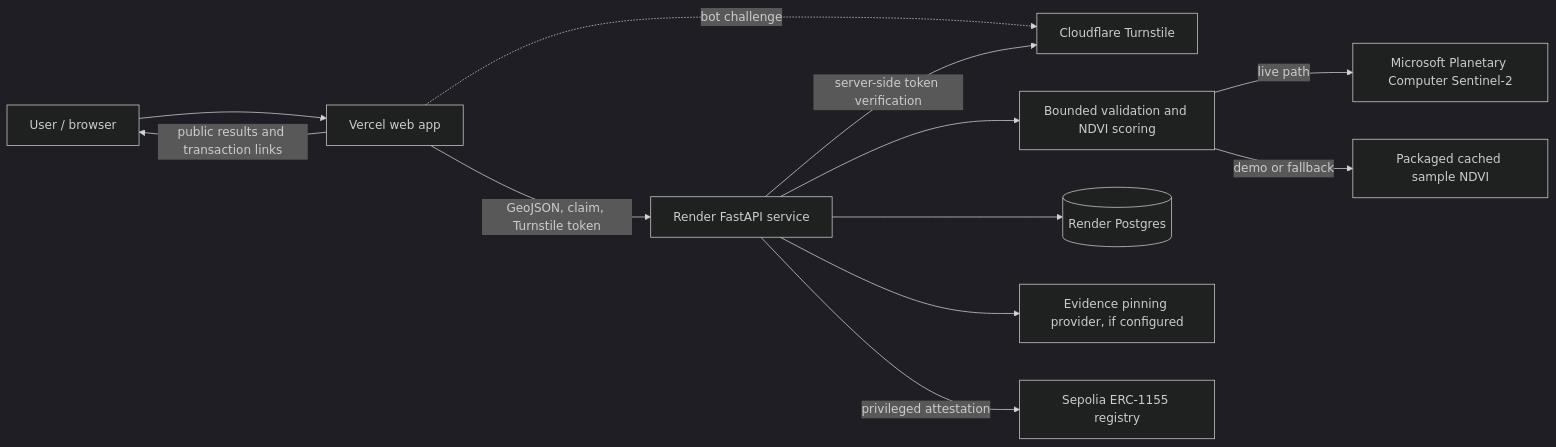
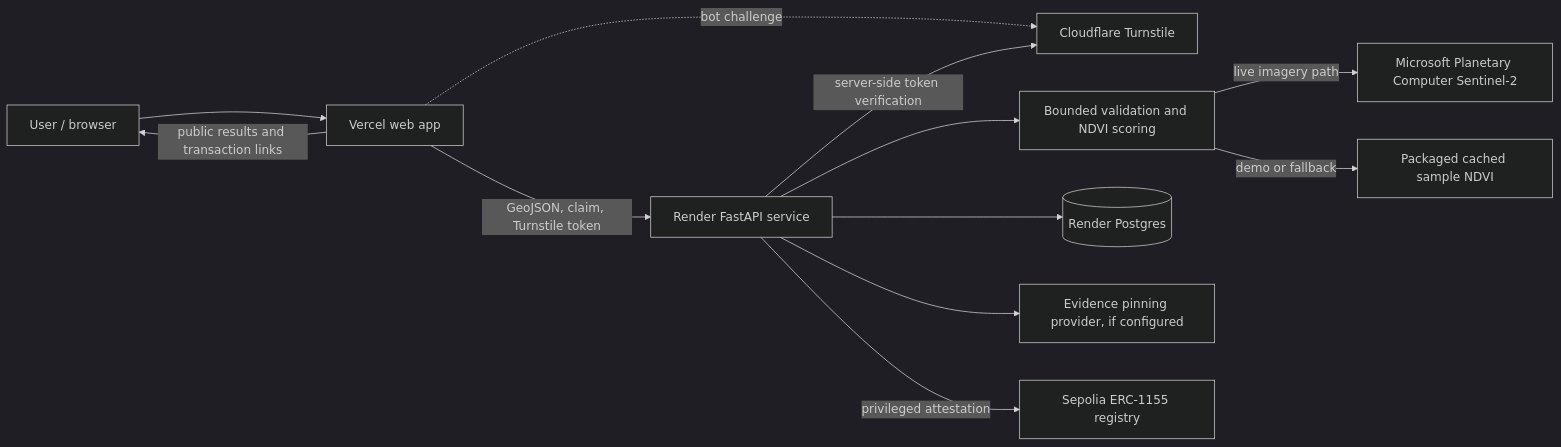
One commit to shikhon-rahaman/carbonlens changed the second of 2 diagrams in README.md. Above: the diagram before and after it, drawn with Mermaid (dark theme). The commit also changed other lines of this file and 2 other files, not shown here.

````diff
--- a/README.md
+++ b/README.md
@@ -22,14 +44,14 @@
 ```mermaid
 flowchart LR
     User[User / browser] --> Web[Vercel web app]
     Web -->|GeoJSON, claim, Turnstile token| API[Render FastAPI service]
     Web -.->|bot challenge| TS[Cloudflare Turnstile]
     API -->|server-side token verification| TS
     API --> Verify[Bounded validation and NDVI scoring]
-    Verify -->|live path| MPC[Microsoft Planetary Computer Sentinel-2]
+    Verify -->|live imagery path| MPC[Microsoft Planetary Computer Sentinel-2]
     Verify -->|demo or fallback| Cache[Packaged cached sample NDVI]
     API --> DB[(Render Postgres)]
     API --> Pinning[Evidence pinning provider, if configured]
     API -->|privileged attestation| Sepolia[Sepolia ERC-1155 registry]
     Web -->|public results and transaction links| User
 ```
````
